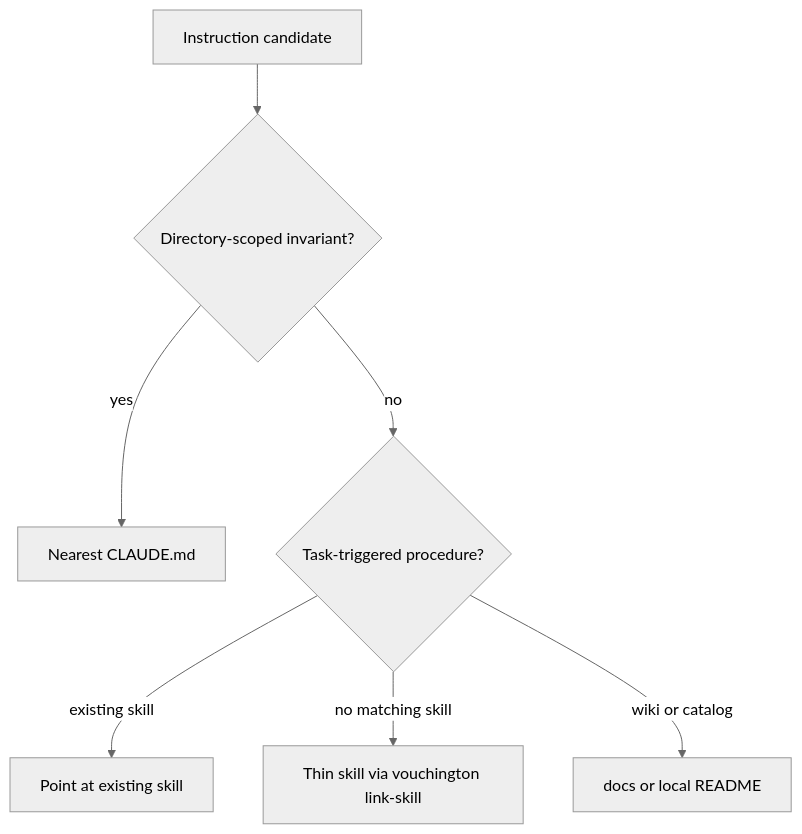
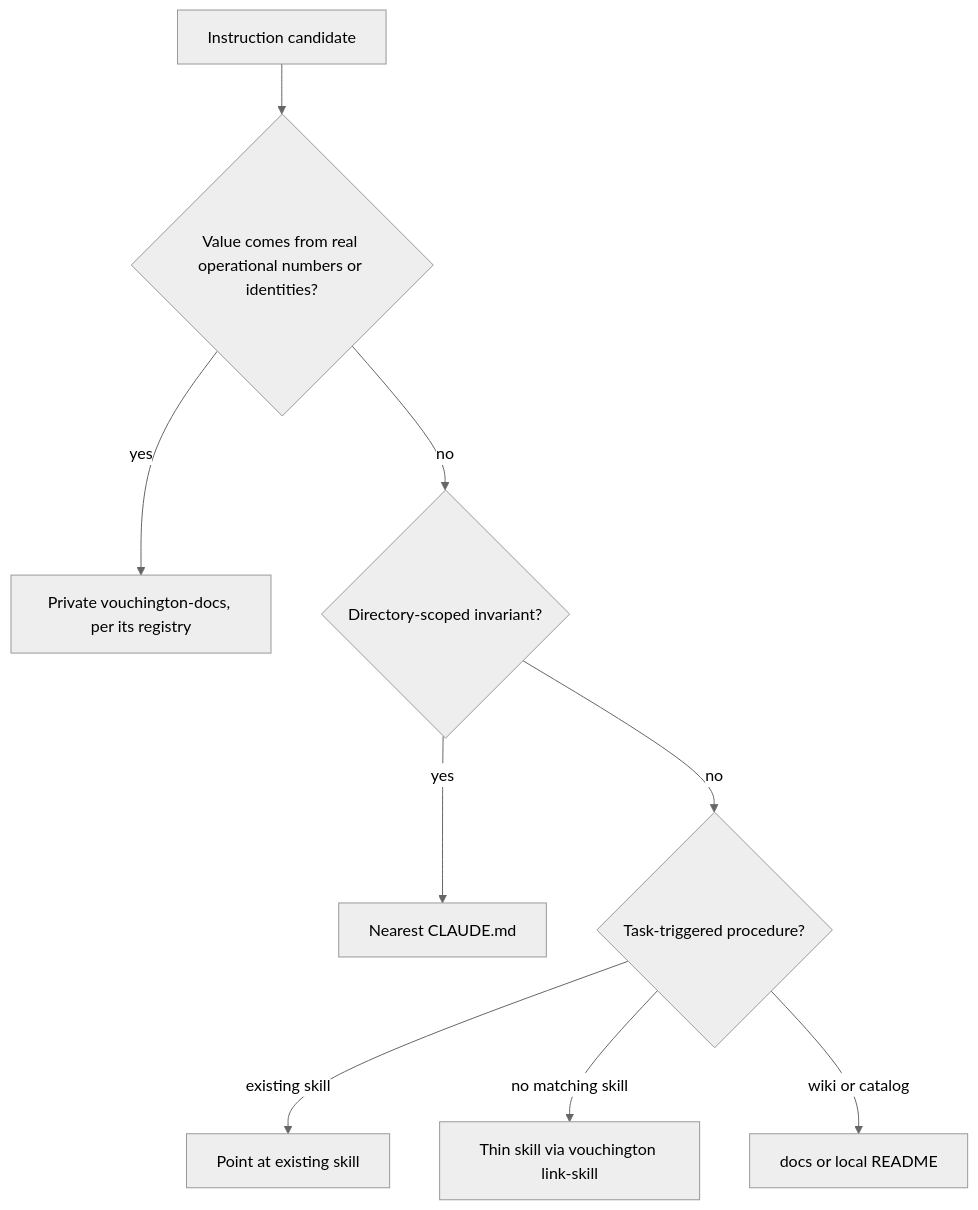
The diagram in docs/CLAUDE.md (vouchington/vouchington), drawn with Mermaid (neutral theme) before and after one commit. The commit also changed other lines of this file, not shown here.

First line of the commit message:
docs: add the public/private tier test to the placement rubric

````diff
--- a/docs/CLAUDE.md
+++ b/docs/CLAUDE.md
@@ -27,10 +44,12 @@
 ```mermaid
 flowchart TD
   item[Instruction candidate]
-  item --> q1{Directory-scoped invariant?}
+  item --> q0{Value comes from real operational numbers or identities?}
+  q0 -->|yes| privateDocs[Private vouchington-docs, per its registry]
+  q0 -->|no| q1{Directory-scoped invariant?}
   q1 -->|yes| claudeMd[Nearest CLAUDE.md]
   q1 -->|no| q2{Task-triggered procedure?}
   q2 -->|existing skill| existingSkill[Point at existing skill]
   q2 -->|no matching skill| newSkill[Thin skill via vouchington link-skill]
   q2 -->|wiki or catalog| docsHome[docs or local README]
 ```
````
